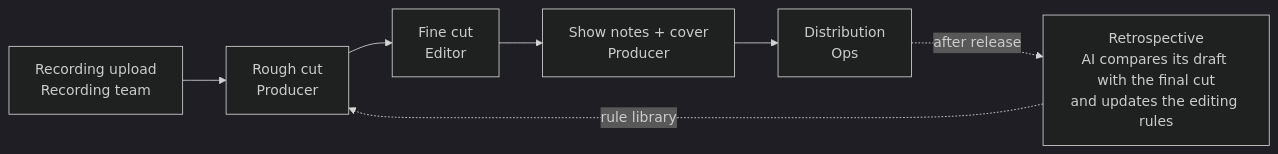
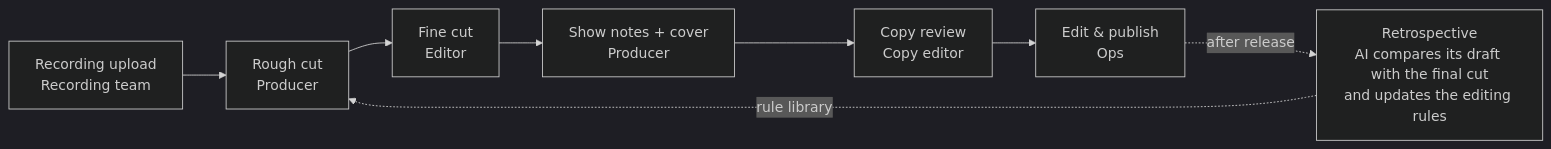
One commit to rene-wang1024/podcast-assistant changed the diagram in README.md. Above: the diagram before and after it, drawn with Mermaid (dark theme). The commit also changed other lines of this file and 8 other files, not shown here.

````diff
--- a/README.md
+++ b/README.md
@@ -34,9 +34,10 @@
 ```mermaid
 flowchart LR
     A[Recording upload<br/>Recording team] --> B[Rough cut<br/>Producer]
     B --> C[Fine cut<br/>Editor]
     C --> D[Show notes + cover<br/>Producer]
-    D --> E[Distribution<br/>Ops]
+    D --> G[Copy review<br/>Copy editor]
+    G --> E[Edit & publish<br/>Ops]
     E -.after release.-> F[Retrospective<br/>AI compares its draft with the final cut<br/>and updates the editing rules]
     F -.rule library.-> B
 ```
````
